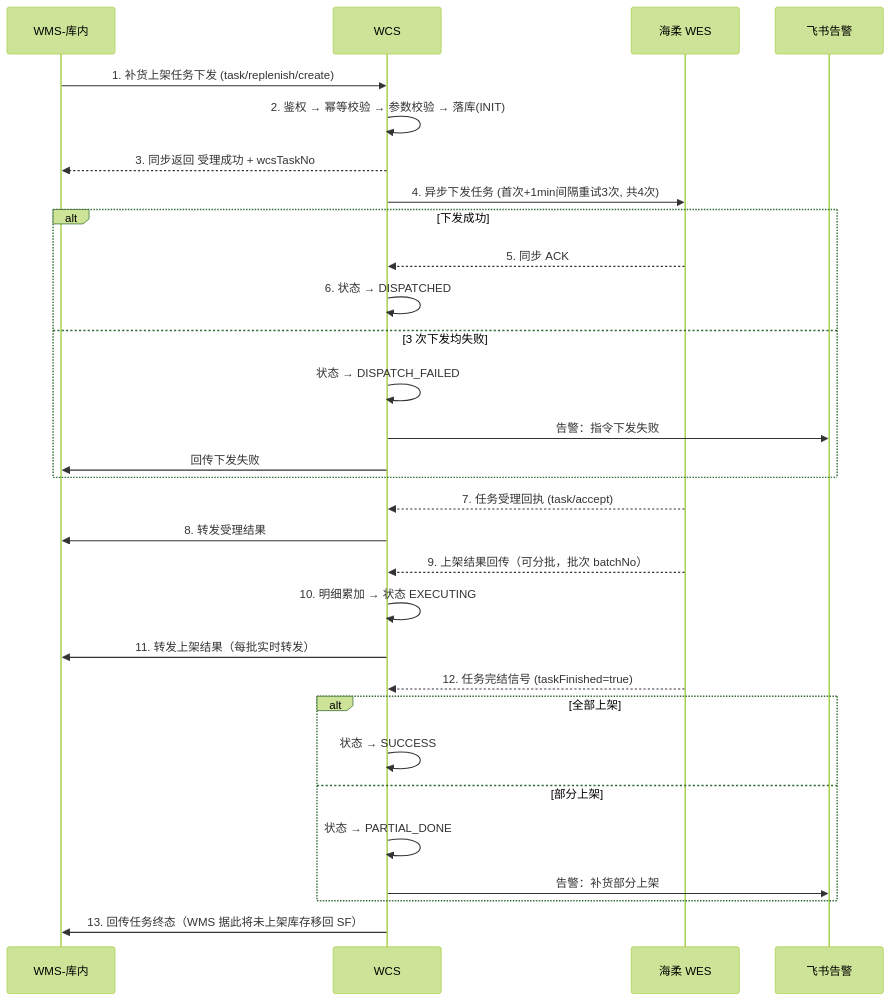
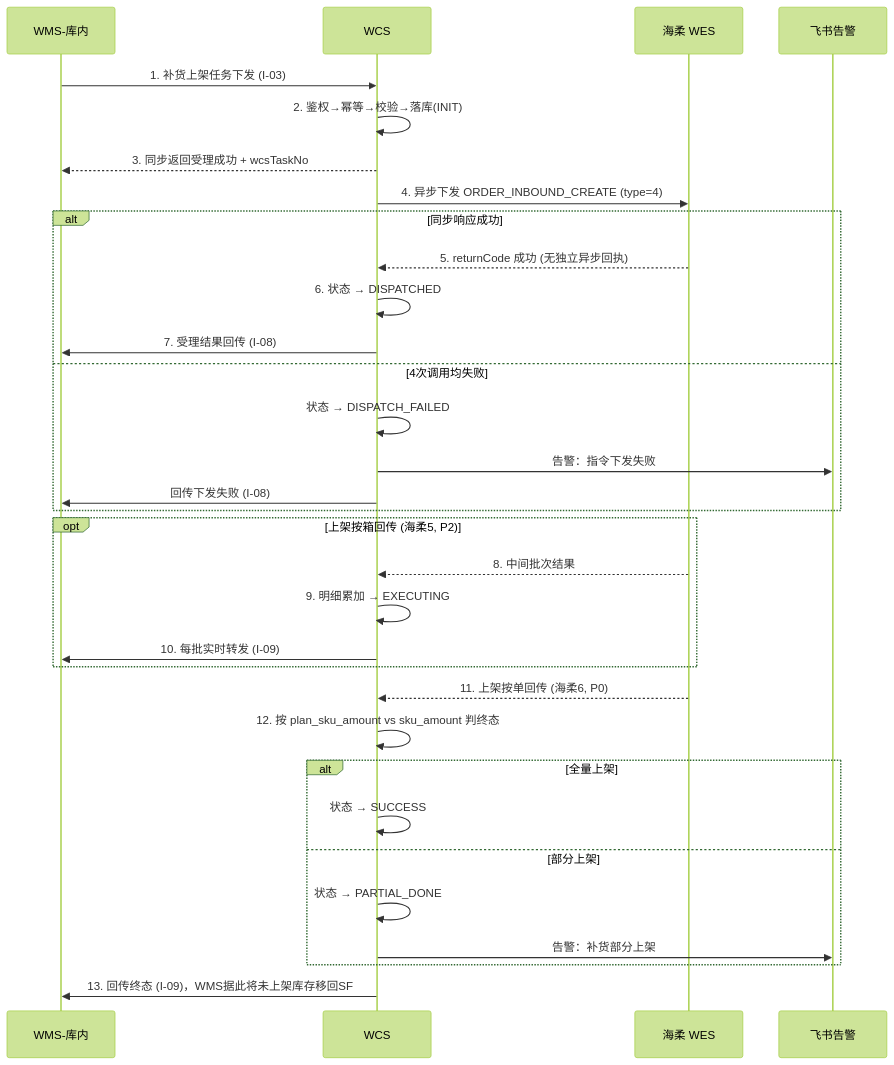
The diagram in docs/wcs/diagrams/02-seq-replenish.mmd (generous-jiang/jiangzw), drawn with Mermaid (forest theme) before and after one commit. The commit also changed 9 other files, not shown here.

```diff
--- a/docs/wcs/diagrams/02-seq-replenish.mmd
+++ b/docs/wcs/diagrams/02-seq-replenish.mmd
@@ -1,31 +1,32 @@
 sequenceDiagram
     participant WMS as WMS-库内
     participant WCS as WCS
     participant WES as 海柔 WES
     participant FS as 飞书告警
-
-    WMS->>WCS: 1. 补货上架任务下发 (task/replenish/create)
-    WCS->>WCS: 2. 鉴权 → 幂等校验 → 参数校验 → 落库(INIT)
-    WCS-->>WMS: 3. 同步返回 受理成功 + wcsTaskNo
-    WCS->>WES: 4. 异步下发任务 (首次+1min间隔重试3次, 共4次)
-    alt 下发成功
-        WES-->>WCS: 5. 同步 ACK
+    WMS->>WCS: 1. 补货上架任务下发 (I-03)
+    WCS->>WCS: 2. 鉴权→幂等→校验→落库(INIT)
+    WCS-->>WMS: 3. 同步返回受理成功 + wcsTaskNo
+    WCS->>WES: 4. 异步下发 ORDER_INBOUND_CREATE (type=4)
+    alt 同步响应成功
+        WES-->>WCS: 5. returnCode 成功 (无独立异步回执)
         WCS->>WCS: 6. 状态 → DISPATCHED
-    else 3 次下发均失败
+        WCS->>WMS: 7. 受理结果回传 (I-08)
+    else 4次调用均失败
         WCS->>WCS: 状态 → DISPATCH_FAILED
         WCS->>FS: 告警：指令下发失败
-        WCS->>WMS: 回传下发失败
+        WCS->>WMS: 回传下发失败 (I-08)
     end
-    WES-->>WCS: 7. 任务受理回执 (task/accept)
-    WCS->>WMS: 8. 转发受理结果
-    WES-->>WCS: 9. 上架结果回传（可分批，批次 batchNo）
-    WCS->>WCS: 10. 明细累加 → 状态 EXECUTING
-    WCS->>WMS: 11. 转发上架结果（每批实时转发）
-    WES-->>WCS: 12. 任务完结信号 (taskFinished=true)
-    alt 全部上架
+    opt 上架按箱回传 (海柔5, P2)
+        WES-->>WCS: 8. 中间批次结果
+        WCS->>WCS: 9. 明细累加 → EXECUTING
+        WCS->>WMS: 10. 每批实时转发 (I-09)
+    end
+    WES-->>WCS: 11. 上架按单回传 (海柔6, P0)
+    WCS->>WCS: 12. 按 plan_sku_amount vs sku_amount 判终态
+    alt 全量上架
         WCS->>WCS: 状态 → SUCCESS
     else 部分上架
         WCS->>WCS: 状态 → PARTIAL_DONE
         WCS->>FS: 告警：补货部分上架
     end
-    WCS->>WMS: 13. 回传任务终态（WMS 据此将未上架库存移回 SF）
+    WCS->>WMS: 13. 回传终态 (I-09)，WMS据此将未上架库存移回SF
```
